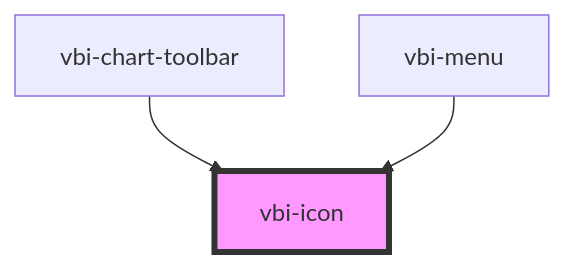
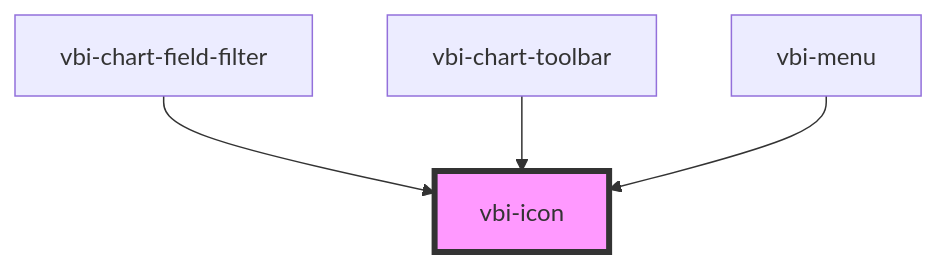
Before and after one commit to Ditto190/VBI-modme: the diagram in packages/vbi-component/src/components/ui/vbi-icon/readme.md, drawn with Mermaid. The commit also changed other lines of this file and 20 other files, not shown here.

````diff
--- a/packages/vbi-component/src/components/ui/vbi-icon/readme.md
+++ b/packages/vbi-component/src/components/ui/vbi-icon/readme.md
@@ -25,6 +26,7 @@
 ```mermaid
 graph TD;
+  vbi-chart-field-filter --> vbi-icon
   vbi-chart-toolbar --> vbi-icon
   vbi-menu --> vbi-icon
   style vbi-icon fill:#f9f,stroke:#333,stroke-width:4px
 ```
````
